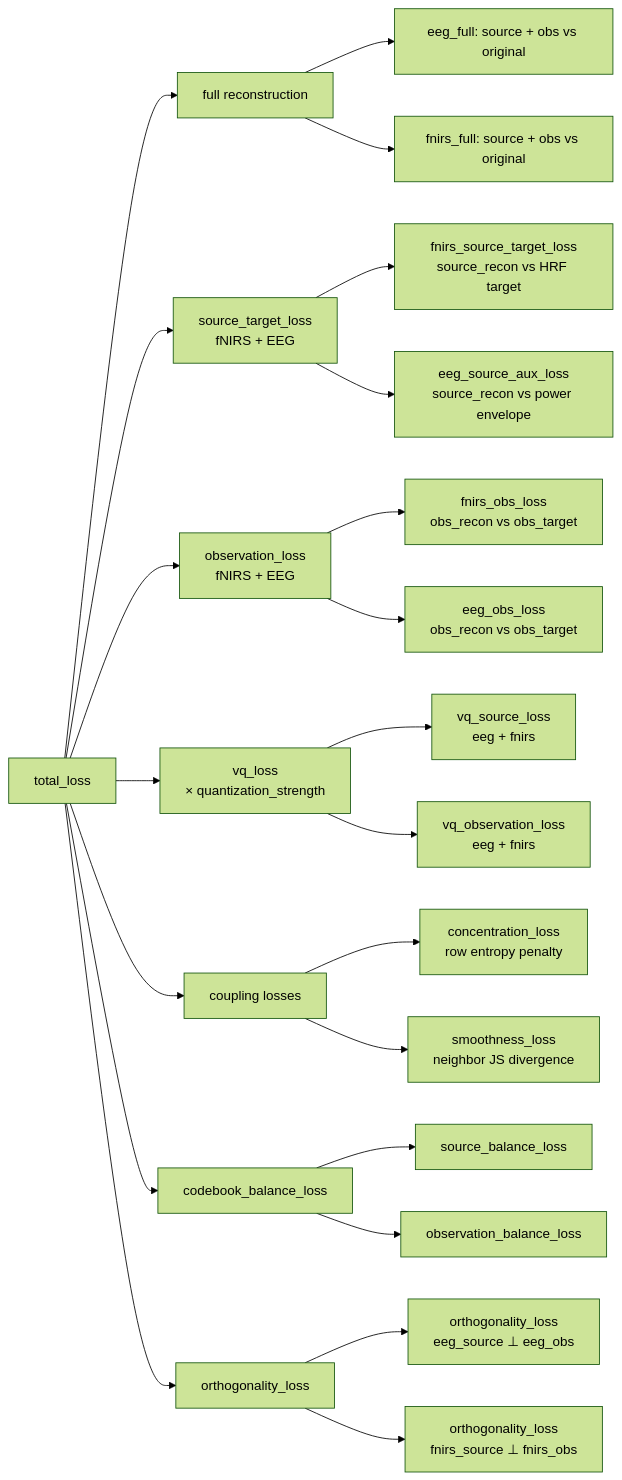
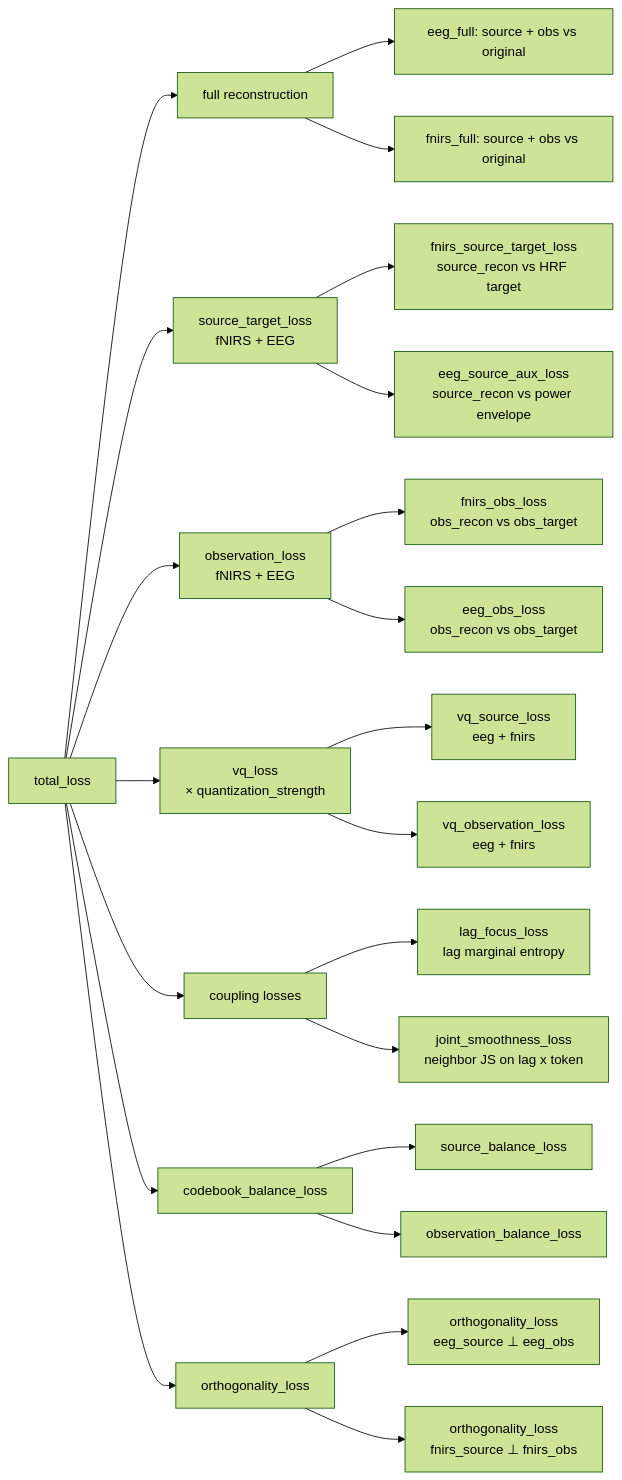
The third of 3 diagrams in docs/ARCHITECTURE.md (Kevin65536/PID-MCM), drawn with Mermaid (forest theme) before and after one commit. The commit also changed other lines of this file and 5 other files, not shown here.

````diff
--- a/docs/ARCHITECTURE.md
+++ b/docs/ARCHITECTURE.md
@@ -166,31 +168,31 @@
 ```mermaid
 graph LR
     TOTAL[total_loss] --> REC[full reconstruction]
     TOTAL --> ST[source_target_loss<br/>fNIRS + EEG]
     TOTAL --> OT[observation_loss<br/>fNIRS + EEG]
     TOTAL --> VQ[vq_loss<br/>× quantization_strength]
     TOTAL --> COUP[coupling losses]
     TOTAL --> BAL[codebook_balance_loss]
     TOTAL --> ORTHO[orthogonality_loss]
 
     REC --> E_REC[eeg_full: source + obs vs original]
     REC --> F_REC[fnirs_full: source + obs vs original]
 
     ST --> ST_F[fnirs_source_target_loss<br/>source_recon vs HRF target]
     ST --> ST_E[eeg_source_aux_loss<br/>source_recon vs power envelope]
 
     OT --> OT_F[fnirs_obs_loss<br/>obs_recon vs obs_target]
     OT --> OT_E[eeg_obs_loss<br/>obs_recon vs obs_target]
 
     VQ --> VQ_S[vq_source_loss<br/>eeg + fnirs]
     VQ --> VQ_O[vq_observation_loss<br/>eeg + fnirs]
 
-    COUP --> COUP_CONC[concentration_loss<br/>row entropy penalty]
-    COUP --> COUP_SMTH[smoothness_loss<br/>neighbor JS divergence]
+    COUP --> COUP_CONC[lag_focus_loss<br/>lag marginal entropy]
+    COUP --> COUP_SMTH[joint_smoothness_loss<br/>neighbor JS on lag x token]
 
     BAL --> BAL_S[source_balance_loss]
     BAL --> BAL_O[observation_balance_loss]
 
     ORTHO --> O_E[orthogonality_loss<br/>eeg_source ⊥ eeg_obs]
     ORTHO --> O_F[orthogonality_loss<br/>fnirs_source ⊥ fnirs_obs]
 ```
````
